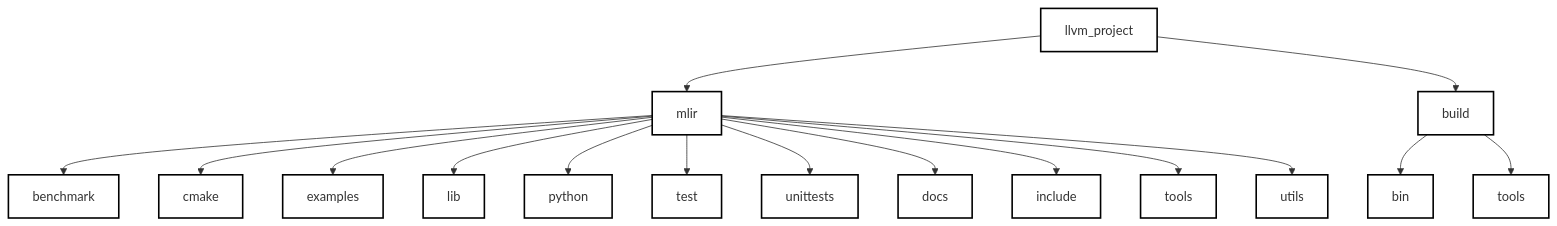
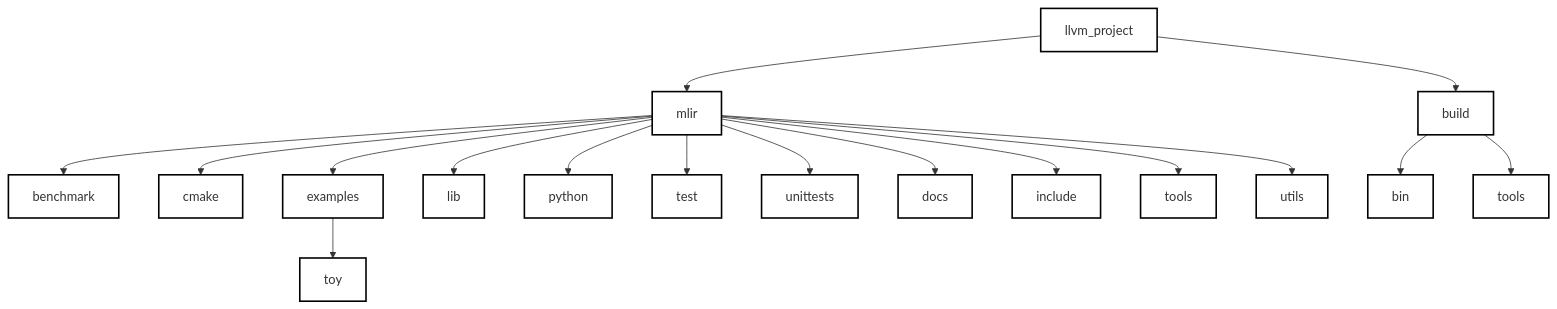
Before and after one commit to Ameya674/mlir_for_beginners: the third of 3 diagrams in Introduction.md, drawn with Mermaid.

````diff
--- a/Introduction.md
+++ b/Introduction.md
@@ -143,46 +143,49 @@
 ```mermaid
 graph TD
   llvm_project["llvm_project"]
   mlir["mlir"]
   build["build"]
 
   llvm_project --> mlir
   llvm_project --> build
 
   benchmark["benchmark"]
   cmake["cmake"]
   examples["examples"]
   lib["lib"]
   python["python"]
   test["test"]
   unittests["unittests"]
   docs["docs"]
   include["include"]
   tools["tools"]
   utils["utils"]
 
   mlir --> benchmark
   mlir --> cmake
   mlir --> examples
   mlir --> lib
   mlir --> python
   mlir --> test
   mlir --> unittests
   mlir --> docs
   mlir --> include
   mlir --> tools
   mlir --> utils
 
   bin["bin"]
   build_tools["tools"]
 
   build --> bin
   build --> build_tools
 
+  toy["toy"]
+
+  examples --> toy
   
   classDef default fill:#fff,stroke:#000,stroke-width:2px;
   class mlir_box default;
   class toy_examples_box default;
   class toy_test_box default;
   class test_box default;
 ```
````
